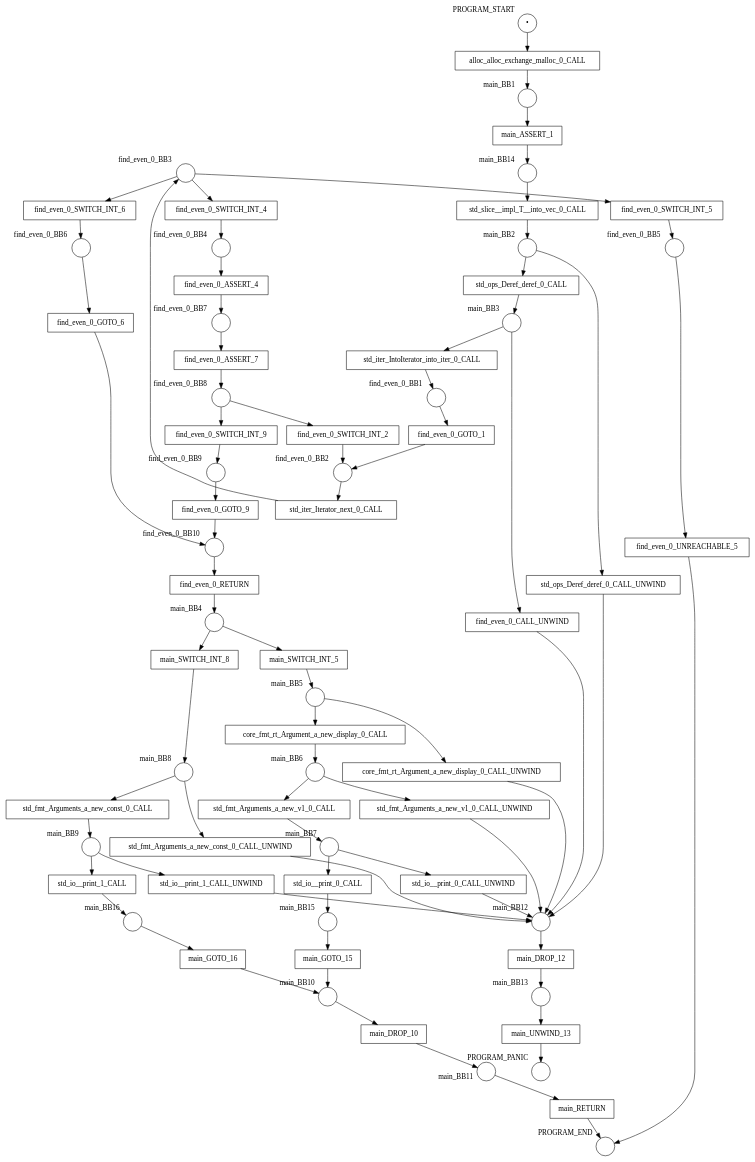
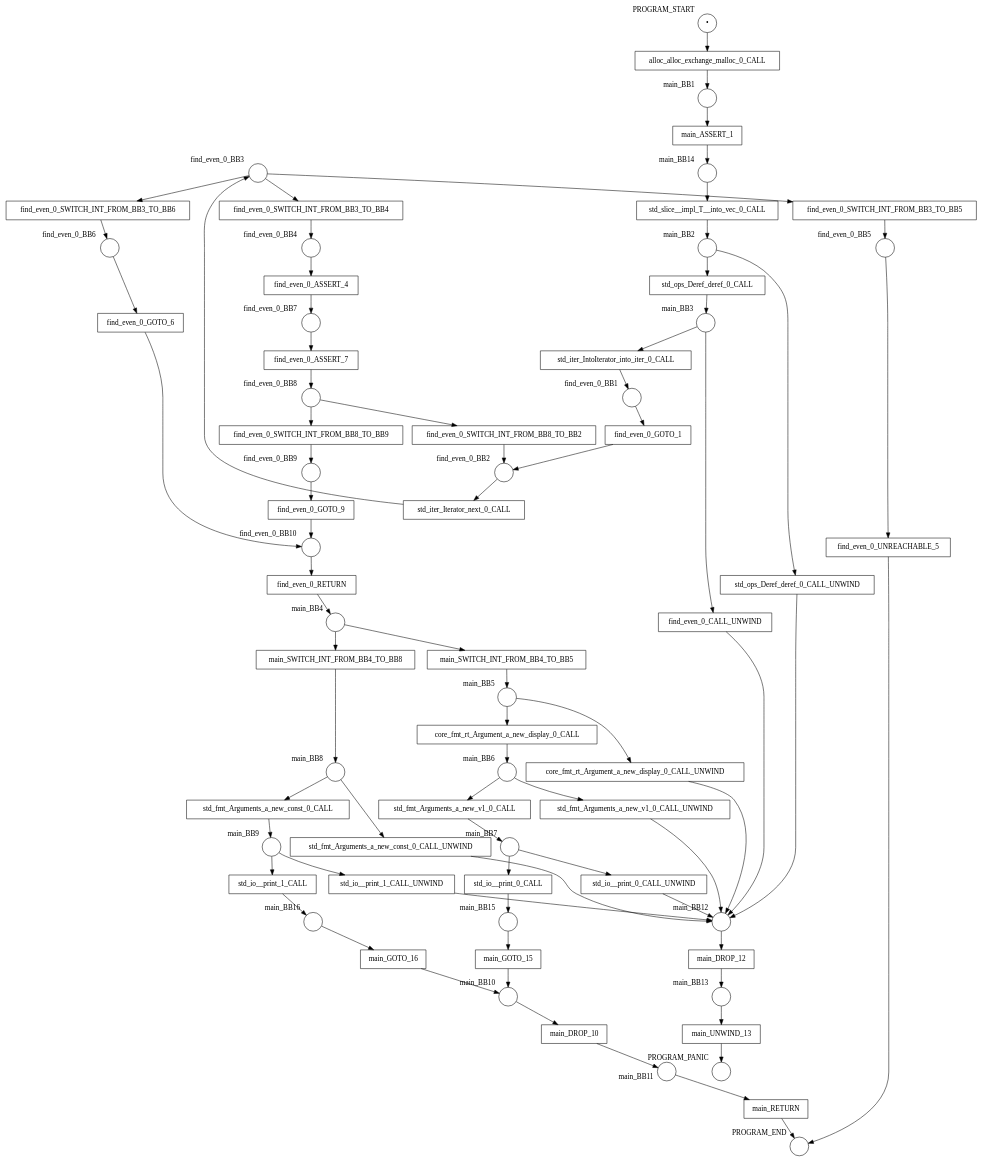
Before and after one commit to hlisdero/cargo-check-deadlock: the diagram in examples/results/function_call/find_even/net.dot, drawn with Graphviz. The commit also changed 34 other files, not shown here.

```diff
--- a/examples/results/function_call/find_even/net.dot
+++ b/examples/results/function_call/find_even/net.dot
@@ -1,145 +1,145 @@
 digraph petrinet {
     PROGRAM_END [shape="circle" xlabel="PROGRAM_END" label=""];
     PROGRAM_PANIC [shape="circle" xlabel="PROGRAM_PANIC" label=""];
     PROGRAM_START [shape="circle" xlabel="PROGRAM_START" label="•"];
     find_even_0_BB1 [shape="circle" xlabel="find_even_0_BB1" label=""];
     find_even_0_BB10 [shape="circle" xlabel="find_even_0_BB10" label=""];
     find_even_0_BB2 [shape="circle" xlabel="find_even_0_BB2" label=""];
     find_even_0_BB3 [shape="circle" xlabel="find_even_0_BB3" label=""];
     find_even_0_BB4 [shape="circle" xlabel="find_even_0_BB4" label=""];
     find_even_0_BB5 [shape="circle" xlabel="find_even_0_BB5" label=""];
     find_even_0_BB6 [shape="circle" xlabel="find_even_0_BB6" label=""];
     find_even_0_BB7 [shape="circle" xlabel="find_even_0_BB7" label=""];
     find_even_0_BB8 [shape="circle" xlabel="find_even_0_BB8" label=""];
     find_even_0_BB9 [shape="circle" xlabel="find_even_0_BB9" label=""];
     main_BB1 [shape="circle" xlabel="main_BB1" label=""];
     main_BB10 [shape="circle" xlabel="main_BB10" label=""];
     main_BB11 [shape="circle" xlabel="main_BB11" label=""];
     main_BB12 [shape="circle" xlabel="main_BB12" label=""];
     main_BB13 [shape="circle" xlabel="main_BB13" label=""];
     main_BB14 [shape="circle" xlabel="main_BB14" label=""];
     main_BB15 [shape="circle" xlabel="main_BB15" label=""];
     main_BB16 [shape="circle" xlabel="main_BB16" label=""];
     main_BB2 [shape="circle" xlabel="main_BB2" label=""];
     main_BB3 [shape="circle" xlabel="main_BB3" label=""];
     main_BB4 [shape="circle" xlabel="main_BB4" label=""];
     main_BB5 [shape="circle" xlabel="main_BB5" label=""];
     main_BB6 [shape="circle" xlabel="main_BB6" label=""];
     main_BB7 [shape="circle" xlabel="main_BB7" label=""];
     main_BB8 [shape="circle" xlabel="main_BB8" label=""];
     main_BB9 [shape="circle" xlabel="main_BB9" label=""];
     alloc_alloc_exchange_malloc_0_CALL [shape="box" xlabel="" label="alloc_alloc_exchange_malloc_0_CALL"];
     core_fmt_rt_Argument_a_new_display_0_CALL [shape="box" xlabel="" label="core_fmt_rt_Argument_a_new_display_0_CALL"];
     core_fmt_rt_Argument_a_new_display_0_CALL_UNWIND [shape="box" xlabel="" label="core_fmt_rt_Argument_a_new_display_0_CALL_UNWIND"];
     find_even_0_ASSERT_4 [shape="box" xlabel="" label="find_even_0_ASSERT_4"];
     find_even_0_ASSERT_7 [shape="box" xlabel="" label="find_even_0_ASSERT_7"];
     find_even_0_CALL_UNWIND [shape="box" xlabel="" label="find_even_0_CALL_UNWIND"];
     find_even_0_GOTO_1 [shape="box" xlabel="" label="find_even_0_GOTO_1"];
     find_even_0_GOTO_6 [shape="box" xlabel="" label="find_even_0_GOTO_6"];
     find_even_0_GOTO_9 [shape="box" xlabel="" label="find_even_0_GOTO_9"];
     find_even_0_RETURN [shape="box" xlabel="" label="find_even_0_RETURN"];
-    find_even_0_SWITCH_INT_2 [shape="box" xlabel="" label="find_even_0_SWITCH_INT_2"];
-    find_even_0_SWITCH_INT_4 [shape="box" xlabel="" label="find_even_0_SWITCH_INT_4"];
-    find_even_0_SWITCH_INT_5 [shape="box" xlabel="" label="find_even_0_SWITCH_INT_5"];
-    find_even_0_SWITCH_INT_6 [shape="box" xlabel="" label="find_even_0_SWITCH_INT_6"];
-    find_even_0_SWITCH_INT_9 [shape="box" xlabel="" label="find_even_0_SWITCH_INT_9"];
+    find_even_0_SWITCH_INT_FROM_BB3_TO_BB4 [shape="box" xlabel="" label="find_even_0_SWITCH_INT_FROM_BB3_TO_BB4"];
+    find_even_0_SWITCH_INT_FROM_BB3_TO_BB5 [shape="box" xlabel="" label="find_even_0_SWITCH_INT_FROM_BB3_TO_BB5"];
+    find_even_0_SWITCH_INT_FROM_BB3_TO_BB6 [shape="box" xlabel="" label="find_even_0_SWITCH_INT_FROM_BB3_TO_BB6"];
+    find_even_0_SWITCH_INT_FROM_BB8_TO_BB2 [shape="box" xlabel="" label="find_even_0_SWITCH_INT_FROM_BB8_TO_BB2"];
+    find_even_0_SWITCH_INT_FROM_BB8_TO_BB9 [shape="box" xlabel="" label="find_even_0_SWITCH_INT_FROM_BB8_TO_BB9"];
     find_even_0_UNREACHABLE_5 [shape="box" xlabel="" label="find_even_0_UNREACHABLE_5"];
     main_ASSERT_1 [shape="box" xlabel="" label="main_ASSERT_1"];
     main_DROP_10 [shape="box" xlabel="" label="main_DROP_10"];
     main_DROP_12 [shape="box" xlabel="" label="main_DROP_12"];
     main_GOTO_15 [shape="box" xlabel="" label="main_GOTO_15"];
     main_GOTO_16 [shape="box" xlabel="" label="main_GOTO_16"];
     main_RETURN [shape="box" xlabel="" label="main_RETURN"];
-    main_SWITCH_INT_5 [shape="box" xlabel="" label="main_SWITCH_INT_5"];
-    main_SWITCH_INT_8 [shape="box" xlabel="" label="main_SWITCH_INT_8"];
+    main_SWITCH_INT_FROM_BB4_TO_BB5 [shape="box" xlabel="" label="main_SWITCH_INT_FROM_BB4_TO_BB5"];
+    main_SWITCH_INT_FROM_BB4_TO_BB8 [shape="box" xlabel="" label="main_SWITCH_INT_FROM_BB4_TO_BB8"];
     main_UNWIND_13 [shape="box" xlabel="" label="main_UNWIND_13"];
     std_fmt_Arguments_a_new_const_0_CALL [shape="box" xlabel="" label="std_fmt_Arguments_a_new_const_0_CALL"];
     std_fmt_Arguments_a_new_const_0_CALL_UNWIND [shape="box" xlabel="" label="std_fmt_Arguments_a_new_const_0_CALL_UNWIND"];
     std_fmt_Arguments_a_new_v1_0_CALL [shape="box" xlabel="" label="std_fmt_Arguments_a_new_v1_0_CALL"];
     std_fmt_Arguments_a_new_v1_0_CALL_UNWIND [shape="box" xlabel="" label="std_fmt_Arguments_a_new_v1_0_CALL_UNWIND"];
     std_io__print_0_CALL [shape="box" xlabel="" label="std_io__print_0_CALL"];
     std_io__print_0_CALL_UNWIND [shape="box" xlabel="" label="std_io__print_0_CALL_UNWIND"];
     std_io__print_1_CALL [shape="box" xlabel="" label="std_io__print_1_CALL"];
     std_io__print_1_CALL_UNWIND [shape="box" xlabel="" label="std_io__print_1_CALL_UNWIND"];
     std_iter_IntoIterator_into_iter_0_CALL [shape="box" xlabel="" label="std_iter_IntoIterator_into_iter_0_CALL"];
     std_iter_Iterator_next_0_CALL [shape="box" xlabel="" label="std_iter_Iterator_next_0_CALL"];
     std_ops_Deref_deref_0_CALL [shape="box" xlabel="" label="std_ops_Deref_deref_0_CALL"];
     std_ops_Deref_deref_0_CALL_UNWIND [shape="box" xlabel="" label="std_ops_Deref_deref_0_CALL_UNWIND"];
     std_slice__impl_T__into_vec_0_CALL [shape="box" xlabel="" label="std_slice__impl_T__into_vec_0_CALL"];
     PROGRAM_START -> alloc_alloc_exchange_malloc_0_CALL;
     find_even_0_BB1 -> find_even_0_GOTO_1;
     find_even_0_BB10 -> find_even_0_RETURN;
     find_even_0_BB2 -> std_iter_Iterator_next_0_CALL;
-    find_even_0_BB3 -> find_even_0_SWITCH_INT_4;
-    find_even_0_BB3 -> find_even_0_SWITCH_INT_5;
-    find_even_0_BB3 -> find_even_0_SWITCH_INT_6;
+    find_even_0_BB3 -> find_even_0_SWITCH_INT_FROM_BB3_TO_BB4;
+    find_even_0_BB3 -> find_even_0_SWITCH_INT_FROM_BB3_TO_BB5;
+    find_even_0_BB3 -> find_even_0_SWITCH_INT_FROM_BB3_TO_BB6;
     find_even_0_BB4 -> find_even_0_ASSERT_4;
     find_even_0_BB5 -> find_even_0_UNREACHABLE_5;
     find_even_0_BB6 -> find_even_0_GOTO_6;
     find_even_0_BB7 -> find_even_0_ASSERT_7;
-    find_even_0_BB8 -> find_even_0_SWITCH_INT_2;
-    find_even_0_BB8 -> find_even_0_SWITCH_INT_9;
+    find_even_0_BB8 -> find_even_0_SWITCH_INT_FROM_BB8_TO_BB2;
+    find_even_0_BB8 -> find_even_0_SWITCH_INT_FROM_BB8_TO_BB9;
     find_even_0_BB9 -> find_even_0_GOTO_9;
     main_BB1 -> main_ASSERT_1;
     main_BB10 -> main_DROP_10;
     main_BB11 -> main_RETURN;
     main_BB12 -> main_DROP_12;
     main_BB13 -> main_UNWIND_13;
     main_BB14 -> std_slice__impl_T__into_vec_0_CALL;
     main_BB15 -> main_GOTO_15;
     main_BB16 -> main_GOTO_16;
     main_BB2 -> std_ops_Deref_deref_0_CALL;
     main_BB2 -> std_ops_Deref_deref_0_CALL_UNWIND;
     main_BB3 -> find_even_0_CALL_UNWIND;
     main_BB3 -> std_iter_IntoIterator_into_iter_0_CALL;
-    main_BB4 -> main_SWITCH_INT_5;
-    main_BB4 -> main_SWITCH_INT_8;
+    main_BB4 -> main_SWITCH_INT_FROM_BB4_TO_BB5;
+    main_BB4 -> main_SWITCH_INT_FROM_BB4_TO_BB8;
     main_BB5 -> core_fmt_rt_Argument_a_new_display_0_CALL;
     main_BB5 -> core_fmt_rt_Argument_a_new_display_0_CALL_UNWIND;
     main_BB6 -> std_fmt_Arguments_a_new_v1_0_CALL;
     main_BB6 -> std_fmt_Arguments_a_new_v1_0_CALL_UNWIND;
     main_BB7 -> std_io__print_0_CALL;
     main_BB7 -> std_io__print_0_CALL_UNWIND;
     main_BB8 -> std_fmt_Arguments_a_new_const_0_CALL;
     main_BB8 -> std_fmt_Arguments_a_new_const_0_CALL_UNWIND;
     main_BB9 -> std_io__print_1_CALL;
     main_BB9 -> std_io__print_1_CALL_UNWIND;
     alloc_alloc_exchange_malloc_0_CALL -> main_BB1;
     core_fmt_rt_Argument_a_new_display_0_CALL -> main_BB6;
     core_fmt_rt_Argument_a_new_display_0_CALL_UNWIND -> main_BB12;
     find_even_0_ASSERT_4 -> find_even_0_BB7;
     find_even_0_ASSERT_7 -> find_even_0_BB8;
     find_even_0_CALL_UNWIND -> main_BB12;
     find_even_0_GOTO_1 -> find_even_0_BB2;
     find_even_0_GOTO_6 -> find_even_0_BB10;
     find_even_0_GOTO_9 -> find_even_0_BB10;
     find_even_0_RETURN -> main_BB4;
-    find_even_0_SWITCH_INT_2 -> find_even_0_BB2;
-    find_even_0_SWITCH_INT_4 -> find_even_0_BB4;
-    find_even_0_SWITCH_INT_5 -> find_even_0_BB5;
-    find_even_0_SWITCH_INT_6 -> find_even_0_BB6;
-    find_even_0_SWITCH_INT_9 -> find_even_0_BB9;
+    find_even_0_SWITCH_INT_FROM_BB3_TO_BB4 -> find_even_0_BB4;
+    find_even_0_SWITCH_INT_FROM_BB3_TO_BB5 -> find_even_0_BB5;
+    find_even_0_SWITCH_INT_FROM_BB3_TO_BB6 -> find_even_0_BB6;
+    find_even_0_SWITCH_INT_FROM_BB8_TO_BB2 -> find_even_0_BB2;
+    find_even_0_SWITCH_INT_FROM_BB8_TO_BB9 -> find_even_0_BB9;
     find_even_0_UNREACHABLE_5 -> PROGRAM_END;
     main_ASSERT_1 -> main_BB14;
     main_DROP_10 -> main_BB11;
     main_DROP_12 -> main_BB13;
     main_GOTO_15 -> main_BB10;
     main_GOTO_16 -> main_BB10;
     main_RETURN -> PROGRAM_END;
-    main_SWITCH_INT_5 -> main_BB5;
-    main_SWITCH_INT_8 -> main_BB8;
+    main_SWITCH_INT_FROM_BB4_TO_BB5 -> main_BB5;
+    main_SWITCH_INT_FROM_BB4_TO_BB8 -> main_BB8;
     main_UNWIND_13 -> PROGRAM_PANIC;
     std_fmt_Arguments_a_new_const_0_CALL -> main_BB9;
     std_fmt_Arguments_a_new_const_0_CALL_UNWIND -> main_BB12;
     std_fmt_Arguments_a_new_v1_0_CALL -> main_BB7;
     std_fmt_Arguments_a_new_v1_0_CALL_UNWIND -> main_BB12;
     std_io__print_0_CALL -> main_BB15;
     std_io__print_0_CALL_UNWIND -> main_BB12;
     std_io__print_1_CALL -> main_BB16;
     std_io__print_1_CALL_UNWIND -> main_BB12;
     std_iter_IntoIterator_into_iter_0_CALL -> find_even_0_BB1;
     std_iter_Iterator_next_0_CALL -> find_even_0_BB3;
     std_ops_Deref_deref_0_CALL -> main_BB3;
     std_ops_Deref_deref_0_CALL_UNWIND -> main_BB12;
     std_slice__impl_T__into_vec_0_CALL -> main_BB2;
 }
```
